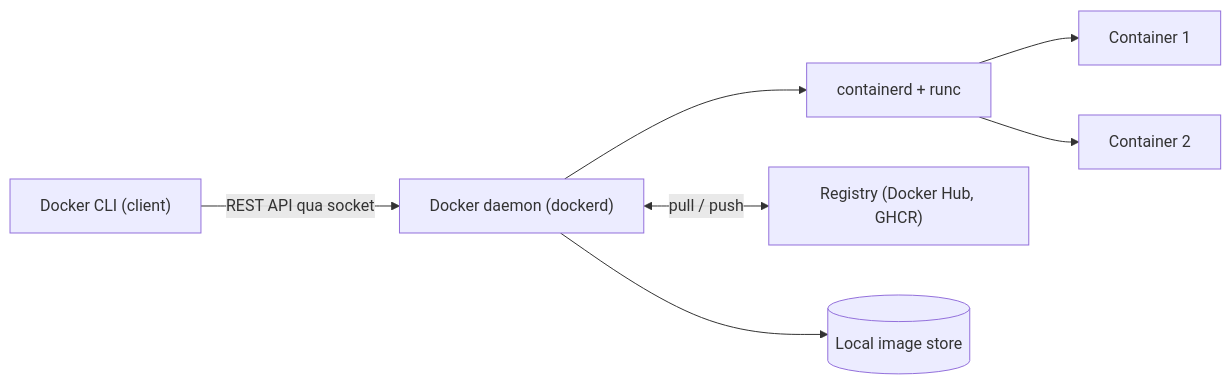
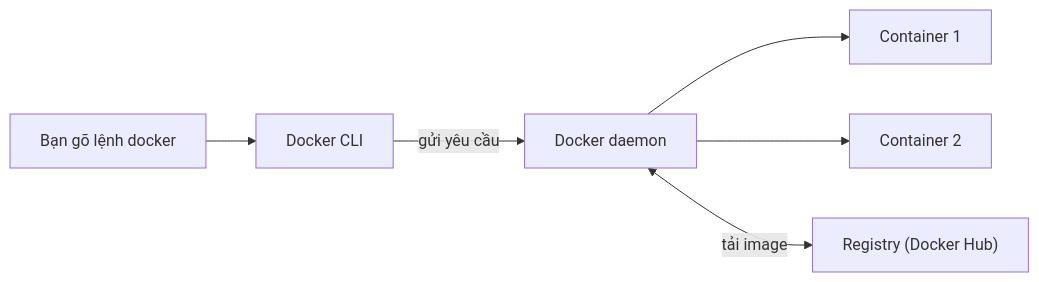
Before and after one commit to TienNHM/devops-course: the diagram in labs/week-04/session-07.md, drawn with Mermaid. The commit also changed other lines of this file and 266 other files, not shown here.

````diff
--- a/labs/week-04/session-07.md
+++ b/labs/week-04/session-07.md
@@ -83,9 +55,8 @@
 ```mermaid
 flowchart LR
-  CLI["Docker CLI (client)"] -->|REST API qua socket| D["Docker daemon (dockerd)"]
-  D --> C["containerd + runc"]
-  C --> K1["Container 1"]
-  C --> K2["Container 2"]
-  D <-->|pull / push| R["Registry (Docker Hub, GHCR)"]
-  D --> L[("Local image store")]
+  U["Bạn gõ lệnh docker"] --> CLI["Docker CLI"]
+  CLI -->|"gửi yêu cầu"| D["Docker daemon"]
+  D --> C1["Container 1"]
+  D --> C2["Container 2"]
+  D <-->|"tải image"| R["Registry (Docker Hub)"]
 ```
````
